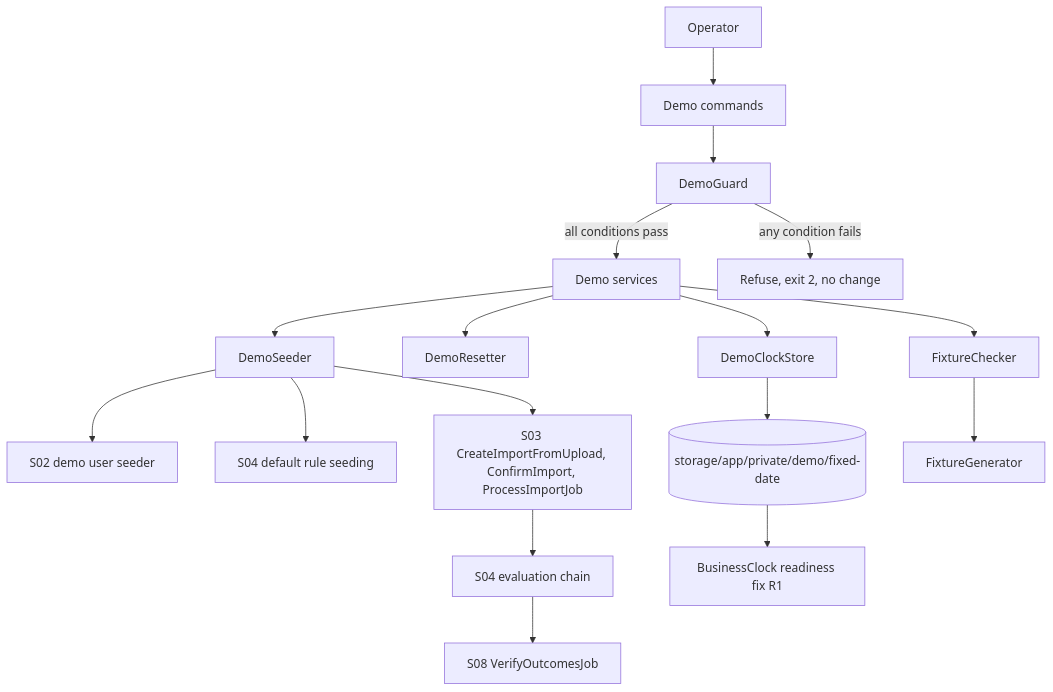
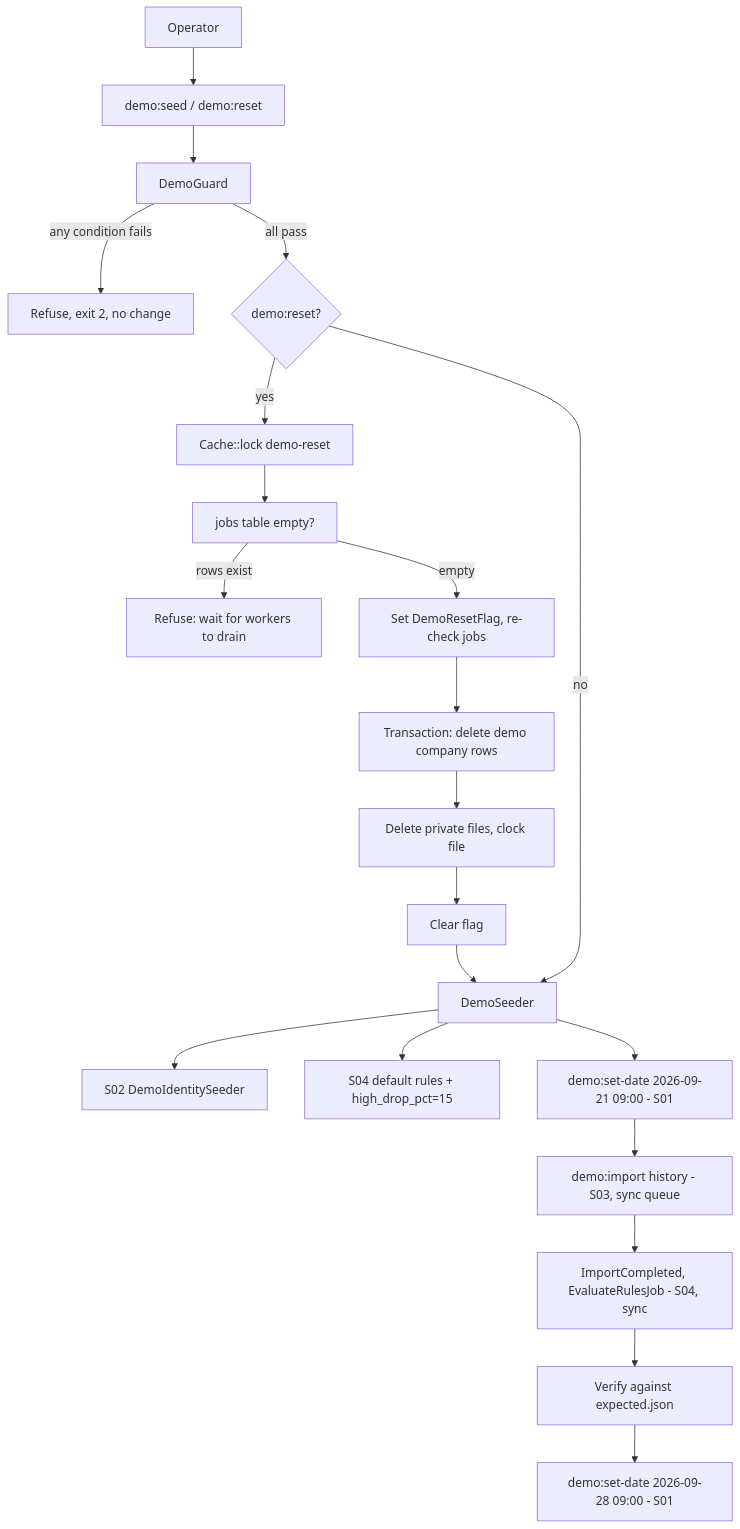
The diagram in .kiro/specs/09-demo-readiness/design.md (shojibur/BusinessPulse), drawn with Mermaid before and after one commit. The commit also changed other lines of this file and 40 other files, not shown here.

````diff
--- a/.kiro/specs/09-demo-readiness/design.md
+++ b/.kiro/specs/09-demo-readiness/design.md
@@ -32,20 +34,23 @@
 ```mermaid
 flowchart TD
-    OP[Operator] --> CMD[Demo commands]
+    OP[Operator] --> CMD[demo:seed / demo:reset]
     CMD --> G[DemoGuard]
-    G -->|all conditions pass| SVC[Demo services]
     G -->|any condition fails| STOP[Refuse, exit 2, no change]
-    SVC --> DS[DemoSeeder]
-    SVC --> DR[DemoResetter]
-    SVC --> DC[DemoClockStore]
-    SVC --> FC[FixtureChecker]
-    DS --> S02[S02 demo user seeder]
-    DS --> S04D[S04 default rule seeding]
-    DS --> IMP[S03 CreateImportFromUpload, ConfirmImport, ProcessImportJob]
-    IMP --> EVAL[S04 evaluation chain]
-    EVAL --> OUT[S08 VerifyOutcomesJob]
-    DC --> FILE[(storage/app/private/demo/fixed-date)]
-    FILE --> BC[BusinessClock readiness fix R1]
-    FC --> GEN[FixtureGenerator]
-
+    G -->|all pass| RS{demo:reset?}
+    RS -->|yes| LOCK[Cache::lock demo-reset]
+    LOCK --> JOBS[jobs table empty?]
+    JOBS -->|rows exist| WAIT[Refuse: wait for workers to drain]
+    JOBS -->|empty| FLAG[Set DemoResetFlag, re-check jobs]
+    FLAG --> DEL[Transaction: delete demo company rows]
+    DEL --> FILES[Delete private files, clock file]
+    FILES --> CLR[Clear flag]
+    CLR --> SEED
+    RS -->|no| SEED[DemoSeeder]
+    SEED --> S02[S02 DemoIdentitySeeder]
+    SEED --> S04[S04 default rules + high_drop_pct=15]
+    SEED --> CLK1[demo:set-date 2026-09-21 09:00 - S01]
+    CLK1 --> IMP[demo:import history - S03, sync queue]
+    IMP --> EVAL[ImportCompleted, EvaluateRulesJob - S04, sync]
+    EVAL --> CHK[Verify against expected.json]
+    CHK --> CLK2[demo:set-date 2026-09-28 09:00 - S01]
 ```
````
